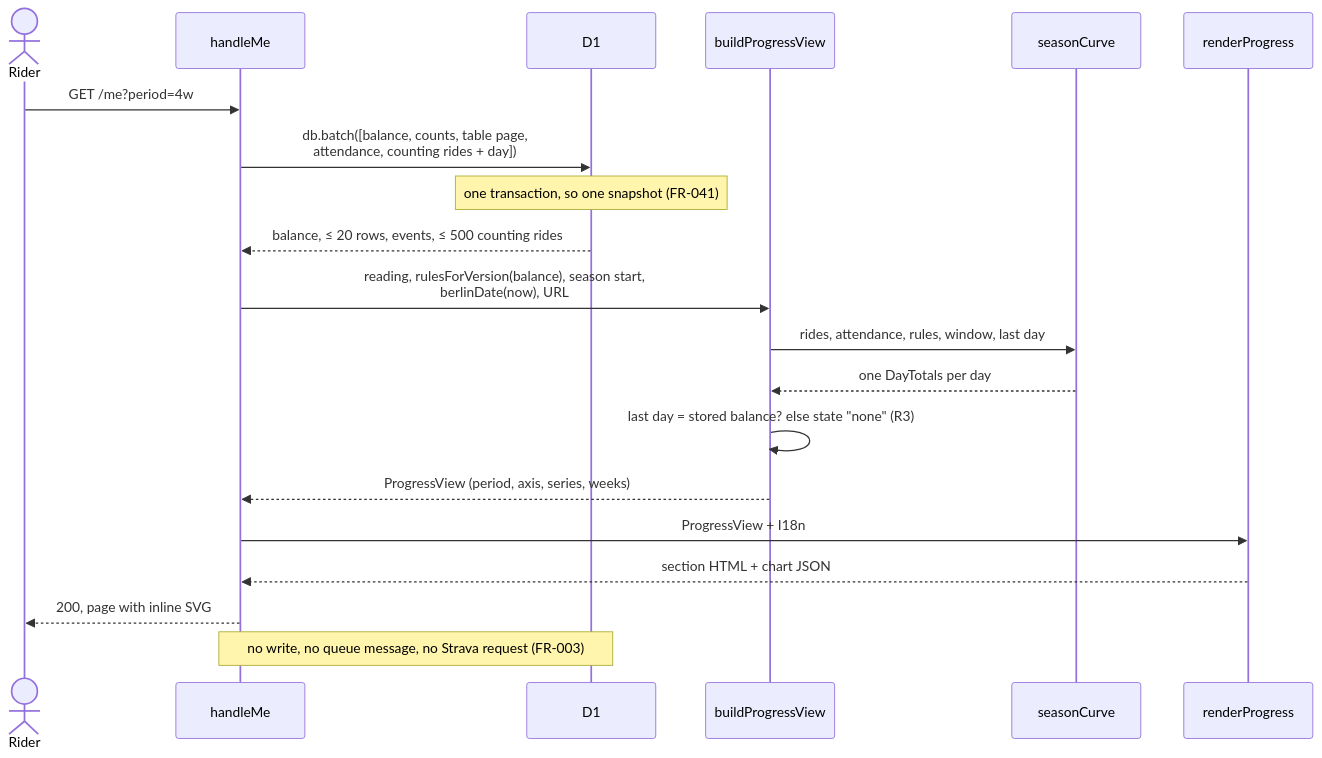
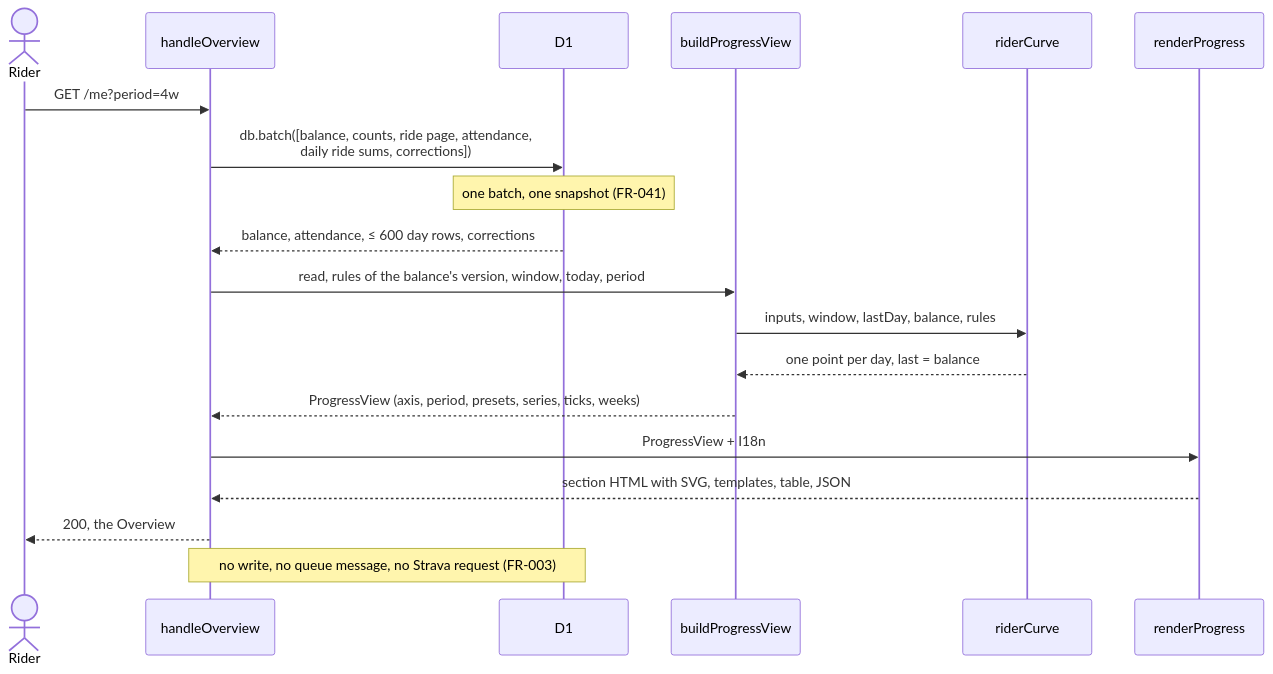
One commit to SaSteffen/RynkePoints changed the second of 6 diagrams in specs/009-rider-progress-charts/plan.md. Above: the diagram before and after it, drawn with Mermaid. The commit also changed other lines of this file and 9 other files, not shown here.

Commit message:
docs: re-plan 009 progress charts against the current app

````diff
--- a/specs/009-rider-progress-charts/plan.md
+++ b/specs/009-rider-progress-charts/plan.md
@@ -208,23 +210,22 @@
 ```mermaid
 sequenceDiagram
     actor R as Rider
-    participant M as handleMe
+    participant O as handleOverview
     participant DB as D1
     participant V as buildProgressView
-    participant C as seasonCurve
+    participant C as riderCurve
     participant X as renderProgress
 
-    R->>M: GET /me?period=4w
-    M->>DB: db.batch([balance, counts, table page,<br/>attendance, counting rides + day])
-    Note over DB: one transaction, so one snapshot (FR-041)
-    DB-->>M: balance, ≤ 20 rows, events, ≤ 500 counting rides
-    M->>V: reading, rulesForVersion(balance), season start,<br/>berlinDate(now), URL
-    V->>C: rides, attendance, rules, window, last day
-    C-->>V: one DayTotals per day
-    V->>V: last day = stored balance? else state "none" (R3)
-    V-->>M: ProgressView (period, axis, series, weeks)
-    M->>X: ProgressView + I18n
-    X-->>M: section HTML + chart JSON
-    M-->>R: 200, page with inline SVG
-    Note over M,DB: no write, no queue message, no Strava request (FR-003)
+    R->>O: GET /me?period=4w
+    O->>DB: db.batch([balance, counts, ride page, attendance,<br/>daily ride sums, corrections])
+    Note over DB: one batch, one snapshot (FR-041)
+    DB-->>O: balance, attendance, ≤ 600 day rows, corrections
+    O->>V: read, rules of the balance's version, window, today, period
+    V->>C: inputs, window, lastDay, balance, rules
+    C-->>V: one point per day, last = balance
+    V-->>O: ProgressView (axis, period, presets, series, ticks, weeks)
+    O->>X: ProgressView + I18n
+    X-->>O: section HTML with SVG, templates, table, JSON
+    O-->>R: 200, the Overview
+    Note over O,DB: no write, no queue message, no Strava request (FR-003)
 ```
````
